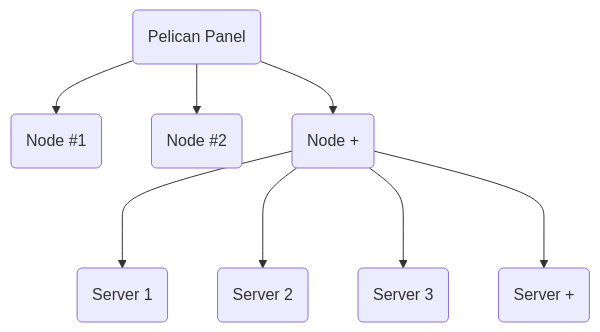
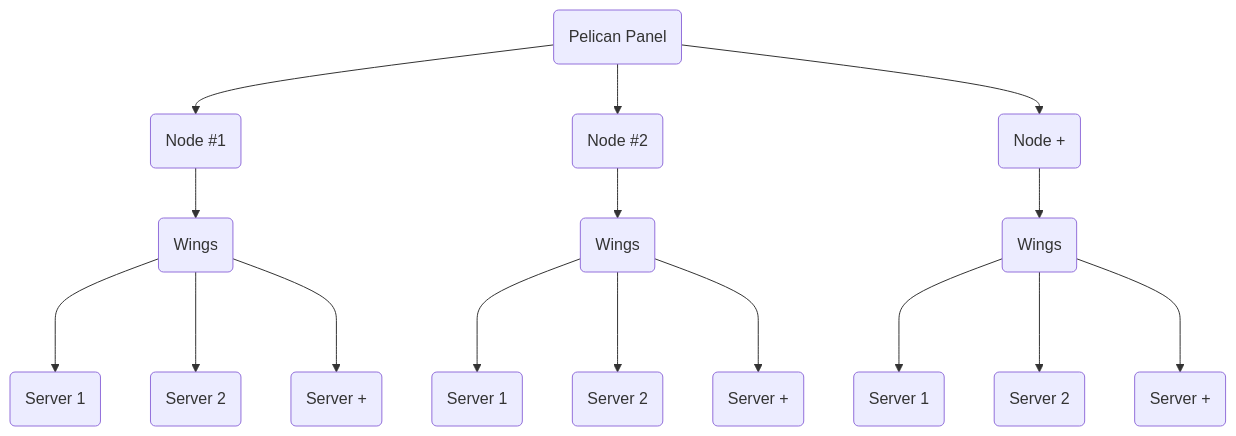
The diagram in pages/docs/glossary.mdx (pelican-dev/docs), drawn with Mermaid before and after one commit. The commit also changed 10 other files, not shown here.

````diff
--- a/pages/docs/glossary.mdx
+++ b/pages/docs/glossary.mdx
@@ -29,11 +29,19 @@
 ```mermaid
 flowchart TD
     A(Pelican Panel)
     A --> B1(Node #1)
     A --> B2(Node #2)
     A --> B3(Node +)
-    B3  ---> C1(Server 1)
-    B3  ---> C2(Server 2)
-    B3  ---> C3(Server 3)
-    B3  ---> C4(Server +)
+    B1 --> W1(Wings)
+    B2 --> W2(Wings)
+    B3 --> W3(Wings)
+    W3  ---> C1(Server 1)
+    W3  ---> C2(Server 2)
+    W3  ---> C3(Server +)
+    W2  ---> C4(Server 1)
+    W2  ---> C5(Server 2)
+    W2  ---> C6(Server +)
+    W1  ---> C7(Server 1)
+    W1  ---> C8(Server 2)
+    W1  ---> C9(Server +)
 ```
````
